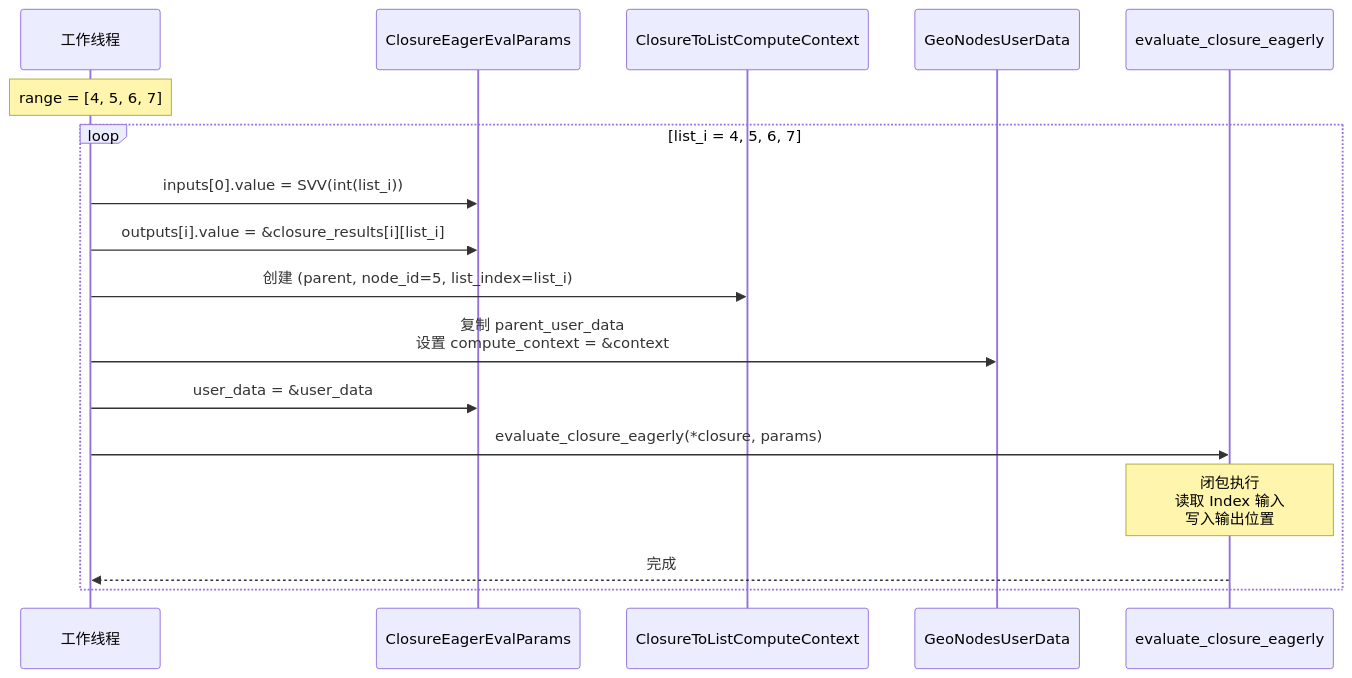
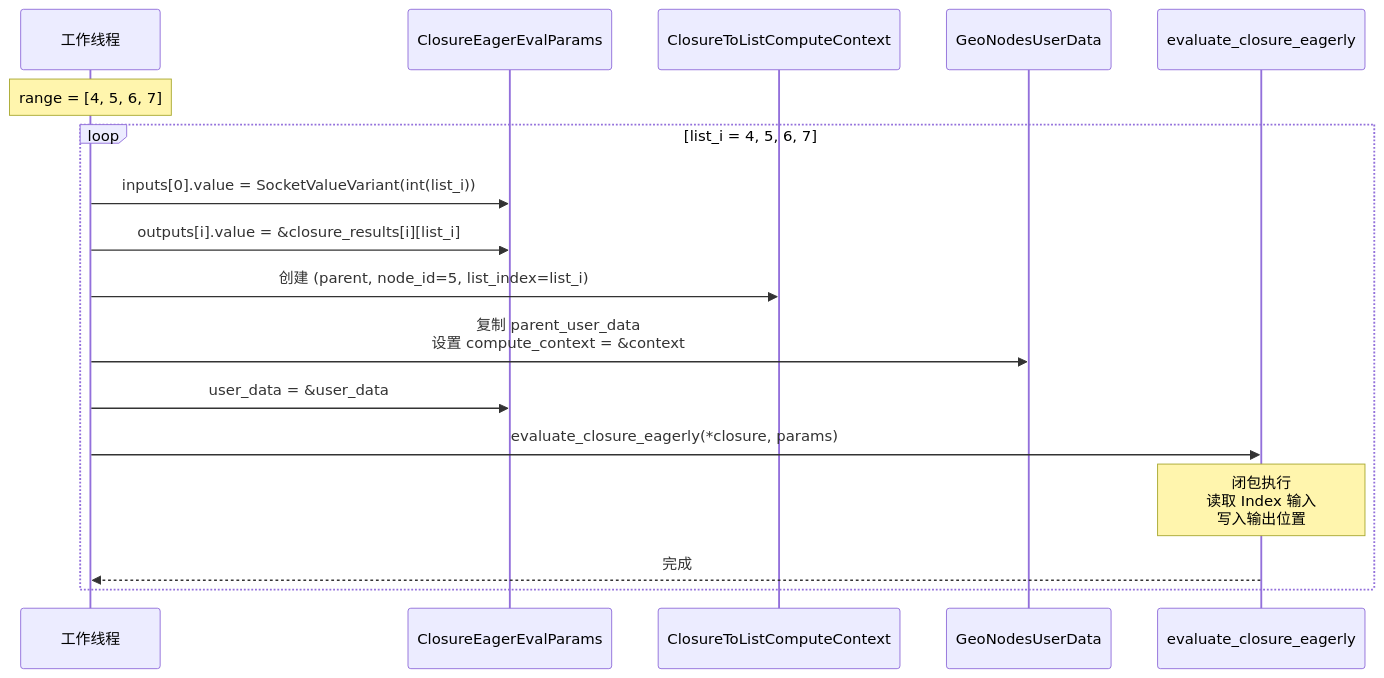
Before and after one commit to yunkezengren/blender-.vscode: diagram 13 of 34 in 杂/markdown/几何节点-列表/09-ClosureToList节点.md, drawn with Mermaid. The commit also changed other lines of this file and 8 other files, not shown here.

````diff
--- a/杂/markdown/几何节点-列表/09-ClosureToList节点.md
+++ b/杂/markdown/几何节点-列表/09-ClosureToList节点.md
@@ -801,21 +801,21 @@
 ```mermaid
 sequenceDiagram
     participant Thread as 工作线程
     participant Params as ClosureEagerEvalParams
     participant Context as ClosureToListComputeContext
     participant UserData as GeoNodesUserData
     participant Closure as evaluate_closure_eagerly
 
     Note over Thread: range = [4, 5, 6, 7]
 
     loop list_i = 4, 5, 6, 7
-        Thread->>Params: inputs[0].value = SVV(int(list_i))
+        Thread->>Params: inputs[0].value = SocketValueVariant(int(list_i))
         Thread->>Params: outputs[i].value = &closure_results[i][list_i]
         Thread->>Context: 创建 (parent, node_id=5, list_index=list_i)
         Thread->>UserData: 复制 parent_user_data<br/>设置 compute_context = &context
         Thread->>Params: user_data = &user_data
         Thread->>Closure: evaluate_closure_eagerly(*closure, params)
         Note over Closure: 闭包执行<br/>读取 Index 输入<br/>写入输出位置
         Closure-->>Thread: 完成
     end
 ```
````
